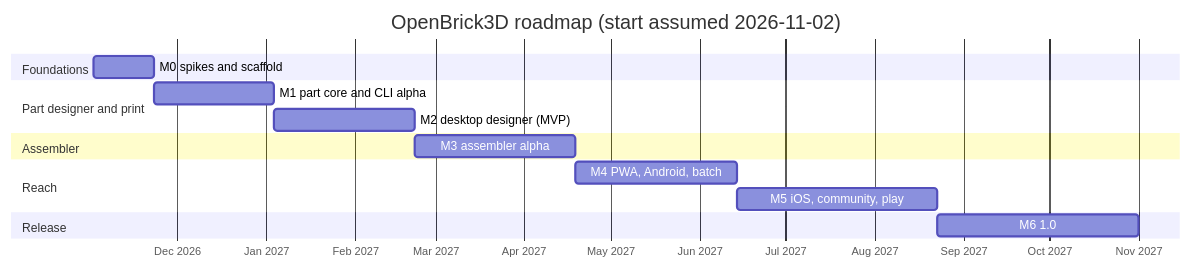
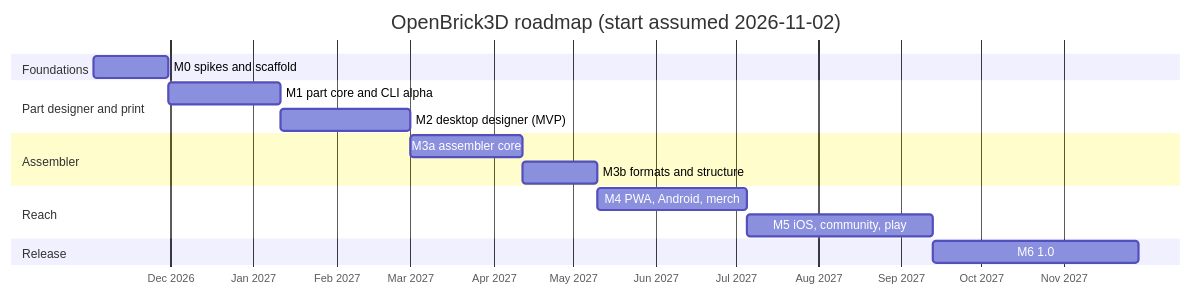
One commit to NeuralDEEPnet/openBrick changed the diagram in docs/plan/11-roadmap.md. Above: the diagram before and after it, drawn with Mermaid. The commit also changed other lines of this file and 11 other files, not shown here.

````diff
--- a/docs/plan/11-roadmap.md
+++ b/docs/plan/11-roadmap.md
@@ -27,18 +28,19 @@
 ```mermaid
 gantt
   title OpenBrick3D roadmap (start assumed 2026-11-02)
   dateFormat YYYY-MM-DD
   axisFormat %b %Y
   section Foundations
-  M0 spikes and scaffold        :m0, 2026-11-02, 3w
+  M0 spikes and scaffold        :m0, 2026-11-02, 4w
   section Part designer and print
   M1 part core and CLI alpha    :m1, after m0, 6w
   M2 desktop designer (MVP)     :m2, after m1, 7w
   section Assembler
-  M3 assembler alpha            :m3, after m2, 8w
+  M3a assembler core            :m3a, after m2, 6w
+  M3b formats and structure     :m3b, after m3a, 4w
   section Reach
-  M4 PWA, Android, batch        :m4, after m3, 8w
+  M4 PWA, Android, merch        :m4, after m3b, 8w
   M5 iOS, community, play       :m5, after m4, 10w
   section Release
-  M6 1.0                        :m6, after m5, 10w
+  M6 1.0                        :m6, after m5, 11w
 ```
````
